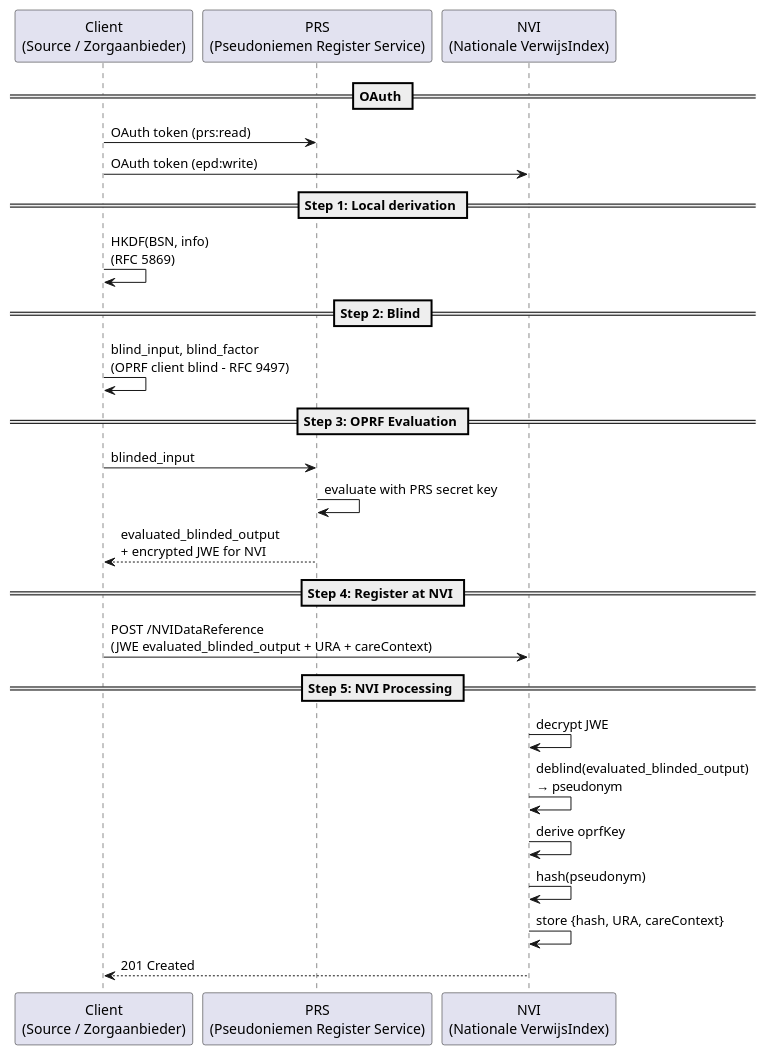
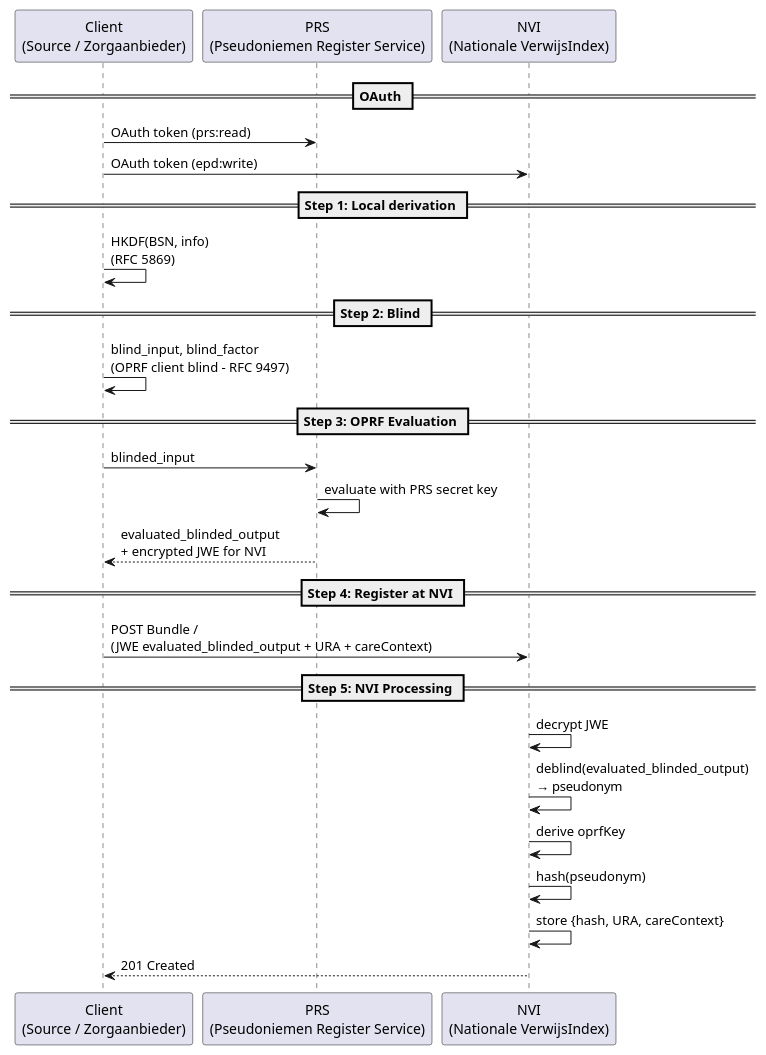
Before and after one commit to nuts-foundation/nuts-knooppunt: the diagram in component/nvi/sequence.puml, drawn with PlantUML. The commit also changed 7 other files, not shown here.

```diff
--- a/component/nvi/sequence.puml
+++ b/component/nvi/sequence.puml
@@ -1,32 +1,32 @@
 @startuml
 participant "Client\n(Source / Zorgaanbieder)" as C1
 participant "PRS\n(Pseudoniemen Register Service)" as PRS
 participant "NVI\n(Nationale VerwijsIndex)" as NVI
 
 == OAuth ==
 C1 -> PRS : OAuth token (prs:read)
 C1 -> NVI : OAuth token (epd:write)
 
 == Step 1: Local derivation ==
 C1 -> C1 : HKDF(BSN, info)  \n(RFC 5869)
 
 == Step 2: Blind ==
 C1 -> C1 : blind_input, blind_factor\n(OPRF client blind - RFC 9497)
 
 == Step 3: OPRF Evaluation ==
 C1 -> PRS : blinded_input
 PRS -> PRS : evaluate with PRS secret key
 PRS --> C1 : evaluated_blinded_output\n+ encrypted JWE for NVI
 
 == Step 4: Register at NVI ==
-C1 -> NVI : POST /NVIDataReference\n(JWE evaluated_blinded_output + URA + careContext)
+C1 -> NVI : POST Bundle /\n(JWE evaluated_blinded_output + URA + careContext)
 
 == Step 5: NVI Processing ==
 NVI -> NVI : decrypt JWE
 NVI -> NVI : deblind(evaluated_blinded_output)\n→ pseudonym
 NVI -> NVI : derive oprfKey
 NVI -> NVI : hash(pseudonym)
 NVI -> NVI : store {hash, URA, careContext}
 
 NVI --> C1 : 201 Created
 @enduml
```
